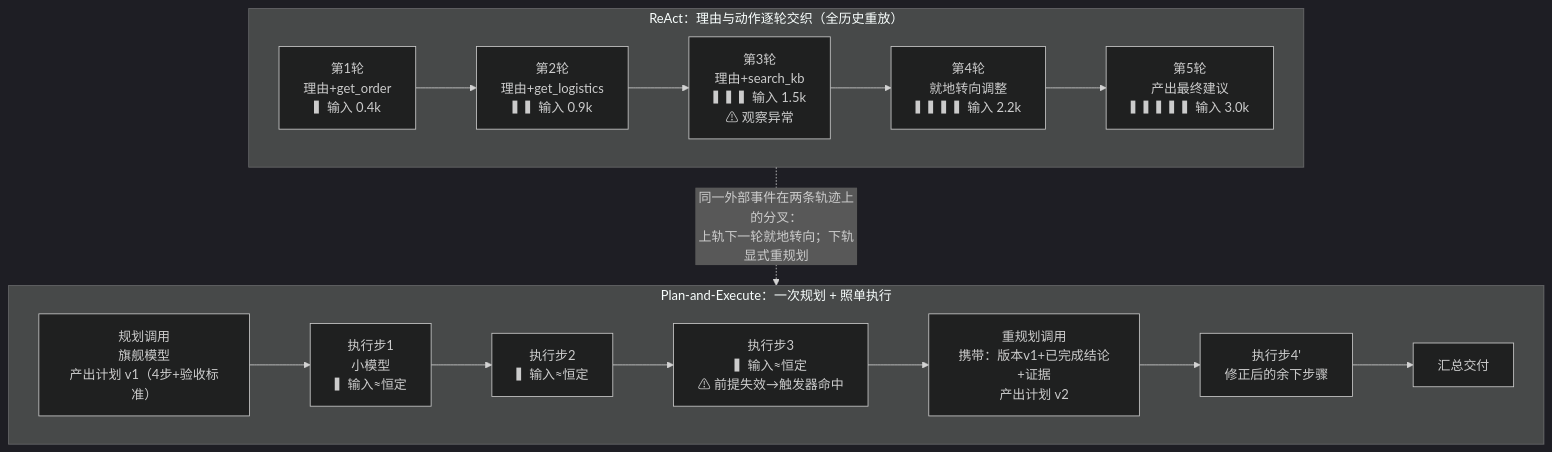
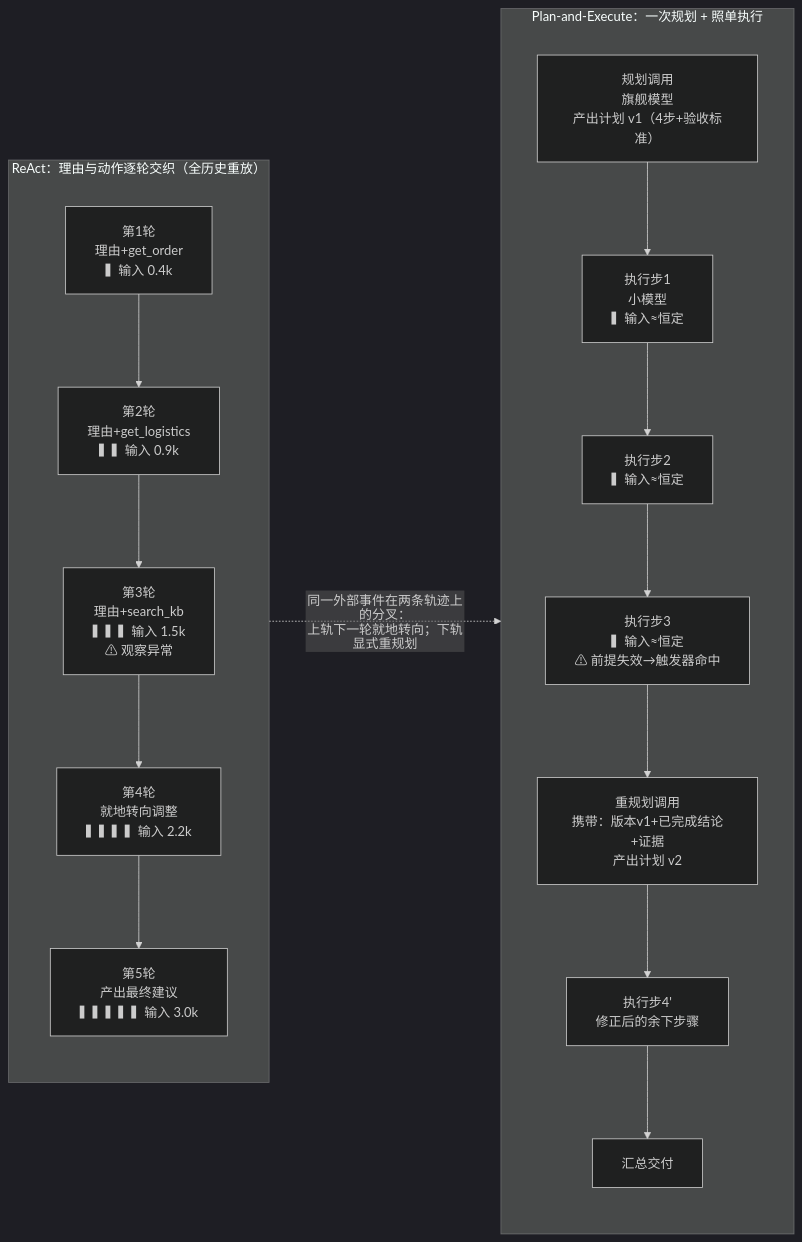
One commit to jeffery9/digital-apprentice changed the diagram in agentbook/图表/图5-1_两种循环轨迹时序.mmd. Above: the diagram before and after it, drawn with Mermaid (dark theme). The commit also changed 32739 other files, not shown here.

```diff
--- a/agentbook/图表/图5-1_两种循环轨迹时序.mmd
+++ b/agentbook/图表/图5-1_两种循环轨迹时序.mmd
@@ -1,18 +1,19 @@
-flowchart TB
+%%{init: {"flowchart": {"nodeSpacing": 70, "rankSpacing": 90, "padding": 18, "htmlLabels": false}}}%%
+flowchart LR
     subgraph R["ReAct：理由与动作逐轮交织（全历史重放）"]
-        direction LR
+        direction TB
         R1["第1轮<br/>理由+get_order<br/>▍输入 0.4k"] --> R2["第2轮<br/>理由+get_logistics<br/>▍▍输入 0.9k"]
         R2 --> R3["第3轮<br/>理由+search_kb<br/>▍▍▍输入 1.5k<br/>⚠ 观察异常"]
         R3 --> R4["第4轮<br/>就地转向调整<br/>▍▍▍▍输入 2.2k"]
         R4 --> R5["第5轮<br/>产出最终建议<br/>▍▍▍▍▍输入 3.0k"]
     end
     subgraph P["Plan-and-Execute：一次规划 + 照单执行"]
-        direction LR
+        direction TB
         P0["规划调用<br/>旗舰模型<br/>产出计划 v1（4步+验收标准）"] --> P1["执行步1<br/>小模型<br/>▍输入≈恒定"]
         P1 --> P2["执行步2<br/>▍输入≈恒定"]
         P2 --> P3["执行步3<br/>▍输入≈恒定<br/>⚠ 前提失效→触发器命中"]
         P3 --> PR["重规划调用<br/>携带：版本v1+已完成结论+证据<br/>产出计划 v2"]
         PR --> P4["执行步4'<br/>修正后的余下步骤"]
         P4 --> P5["汇总交付"]
     end
     R3 -. "同一外部事件在两条轨迹上的分叉：<br/>上轨下一轮就地转向；下轨显式重规划" .-> P3
```
